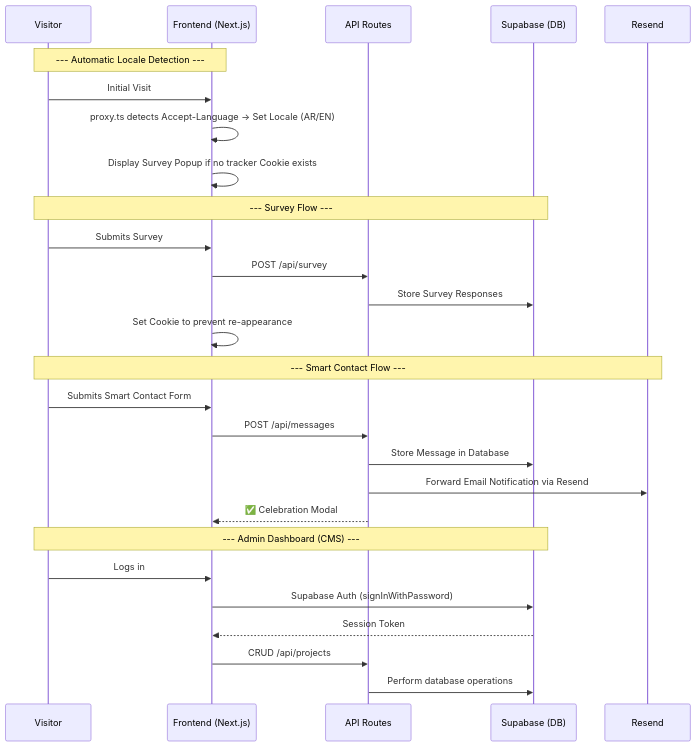
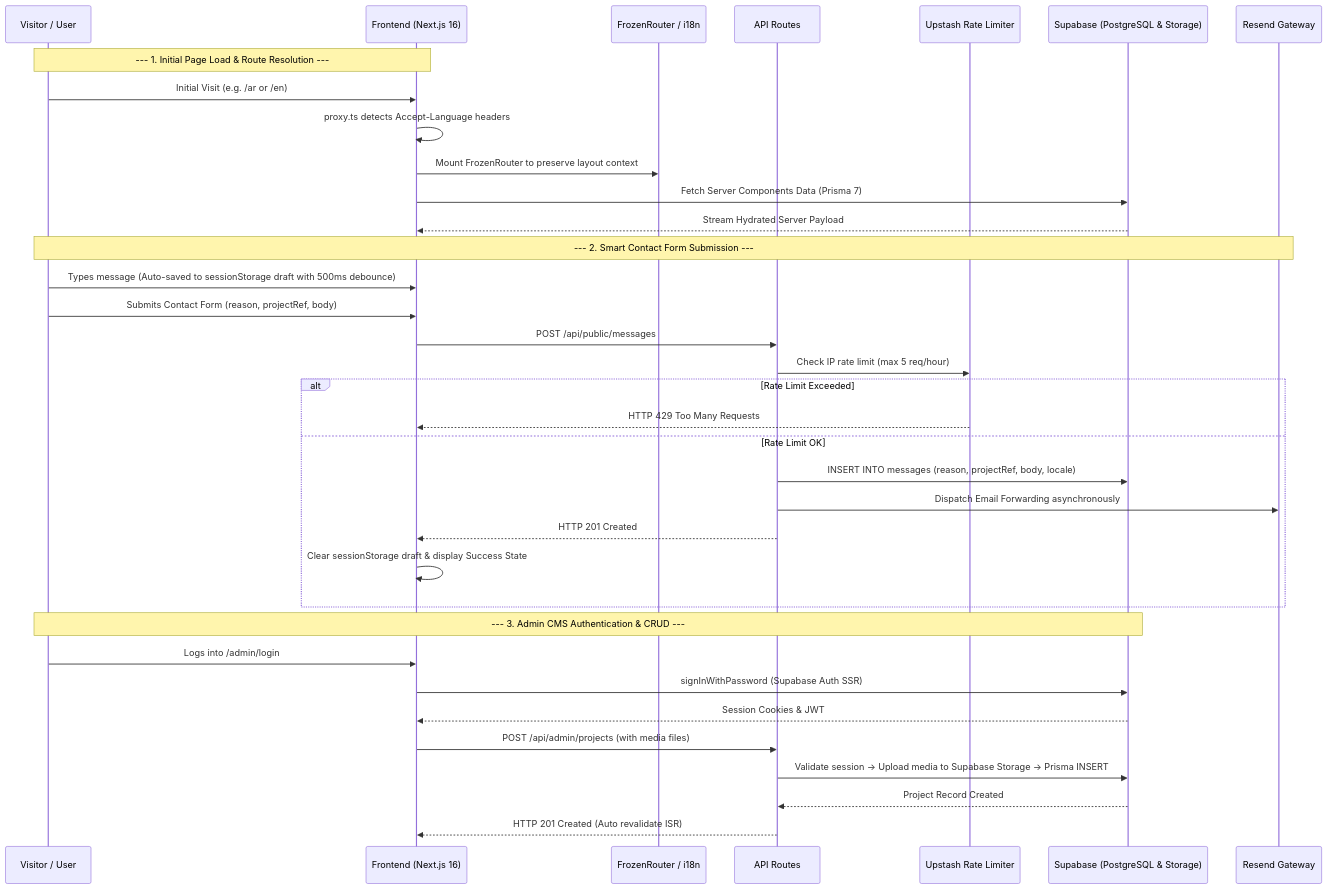
The second of 3 diagrams in docs/02-SYSTEM-ARCHITECTURE.md (Abdullah931-stack/Abdullah-me), drawn with Mermaid before and after one commit. The commit also changed other lines of this file and 61 other files, not shown here.

````diff
--- a/docs/02-SYSTEM-ARCHITECTURE.md
+++ b/docs/02-SYSTEM-ARCHITECTURE.md
@@ -62,33 +65,40 @@
 ```mermaid
 sequenceDiagram
-    participant V as Visitor
-    participant FE as Frontend (Next.js)
+    participant V as Visitor / User
+    participant FE as Frontend (Next.js 16)
+    participant FR as FrozenRouter / i18n
     participant API as API Routes
-    participant SB as Supabase (DB)
-    participant RS as Resend
+    participant RL as Upstash Rate Limiter
+    participant SB as Supabase (PostgreSQL & Storage)
+    participant RS as Resend Gateway
 
-    Note over V,FE: --- Automatic Locale Detection ---
-    V->>FE: Initial Visit
-    FE->>FE: proxy.ts detects Accept-Language → Set Locale (AR/EN)
-    FE->>FE: Display Survey Popup if no tracker Cookie exists
+    Note over V,FE: --- 1. Initial Page Load & Route Resolution ---
+    V->>FE: Initial Visit (e.g. /ar or /en)
+    FE->>FE: proxy.ts detects Accept-Language headers
+    FE->>FR: Mount FrozenRouter to preserve layout context
+    FE->>SB: Fetch Server Components Data (Prisma 7)
+    SB-->>FE: Stream Hydrated Server Payload
 
-    Note over V,SB: --- Survey Flow ---
-    V->>FE: Submits Survey
-    FE->>API: POST /api/survey
-    API->>SB: Store Survey Responses
-    FE->>FE: Set Cookie to prevent re-appearance
+    Note over V,RS: --- 2. Smart Contact Form Submission ---
+    V->>FE: Types message (Auto-saved to sessionStorage draft with 500ms debounce)
+    V->>FE: Submits Contact Form (reason, projectRef, body)
+    FE->>API: POST /api/public/messages
+    API->>RL: Check IP rate limit (max 5 req/hour)
+    alt Rate Limit Exceeded
+        RL-->>FE: HTTP 429 Too Many Requests
+    else Rate Limit OK
+        API->>SB: INSERT INTO messages (reason, projectRef, body, locale)
+        API->>RS: Dispatch Email Forwarding asynchronously
+        API-->>FE: HTTP 201 Created
+        FE->>FE: Clear sessionStorage draft & display Success State
+    end
 
-    Note over V,RS: --- Smart Contact Flow ---
-    V->>FE: Submits Smart Contact Form
-    FE->>API: POST /api/messages
-    API->>SB: Store Message in Database
-    API->>RS: Forward Email Notification via Resend
-    API-->>FE: ✅ Celebration Modal
-
-    Note over V,SB: --- Admin Dashboard (CMS) ---
-    V->>FE: Logs in
-    FE->>SB: Supabase Auth (signInWithPassword)
-    SB-->>FE: Session Token
-    FE->>API: CRUD /api/projects
-    API->>SB: Perform database operations
+    Note over V,SB: --- 3. Admin CMS Authentication & CRUD ---
+    V->>FE: Logs into /admin/login
+    FE->>SB: signInWithPassword (Supabase Auth SSR)
+    SB-->>FE: Session Cookies & JWT
+    FE->>API: POST /api/admin/projects (with media files)
+    API->>SB: Validate session -> Upload media to Supabase Storage -> Prisma INSERT
+    SB-->>API: Project Record Created
+    API-->>FE: HTTP 201 Created (Auto revalidate ISR)
 ```
````
